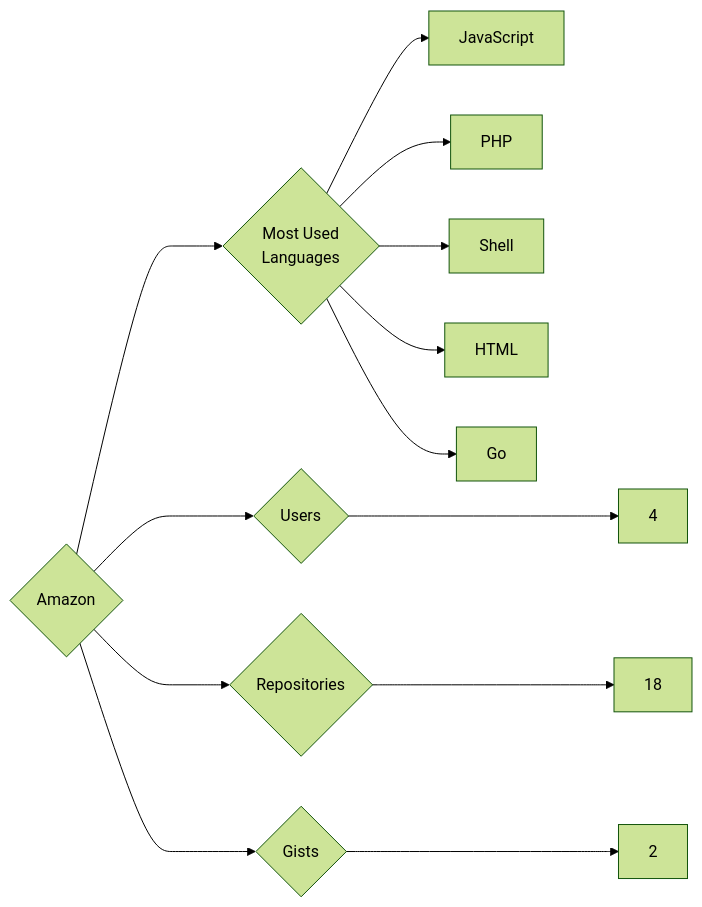
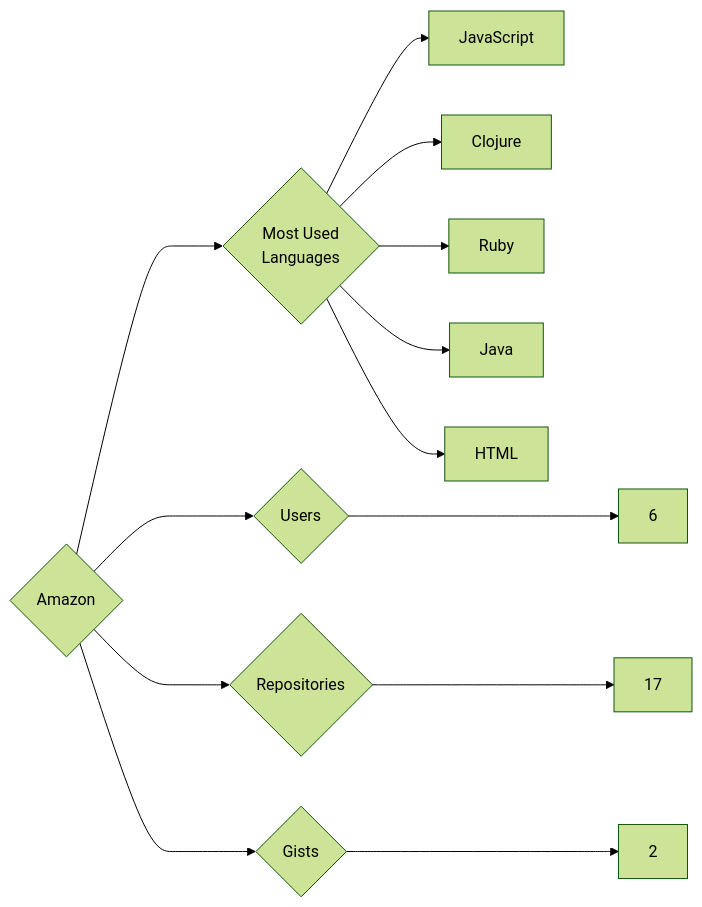
One commit to trickest/insiders changed the diagram in targets/Amazon/README.md. Above: the diagram before and after it, drawn with Mermaid (forest theme). The commit also changed 1055 other files, not shown here.

````diff
--- a/targets/Amazon/README.md
+++ b/targets/Amazon/README.md
@@ -3,13 +3,13 @@
 ```mermaid
 graph LR
 COMPANY_NAME{Amazon}
-COMPANY_NAME ---> U{Users} ---> UN[4]
-COMPANY_NAME ---> R{Repositories} ---> RN[18]
+COMPANY_NAME ---> U{Users} ---> UN[6]
+COMPANY_NAME ---> R{Repositories} ---> RN[17]
 COMPANY_NAME ---> G{Gists} ---> GN[2]
 COMPANY_NAME ---> ML{Most Used<br>Languages}
 ML --> JavaScript[JavaScript]
-ML --> PHP[PHP]
-ML --> Shell[Shell]
+ML --> Clojure[Clojure]
+ML --> Ruby[Ruby]
+ML --> Java[Java]
 ML --> HTML[HTML]
-ML --> Go[Go]
 ```
````
